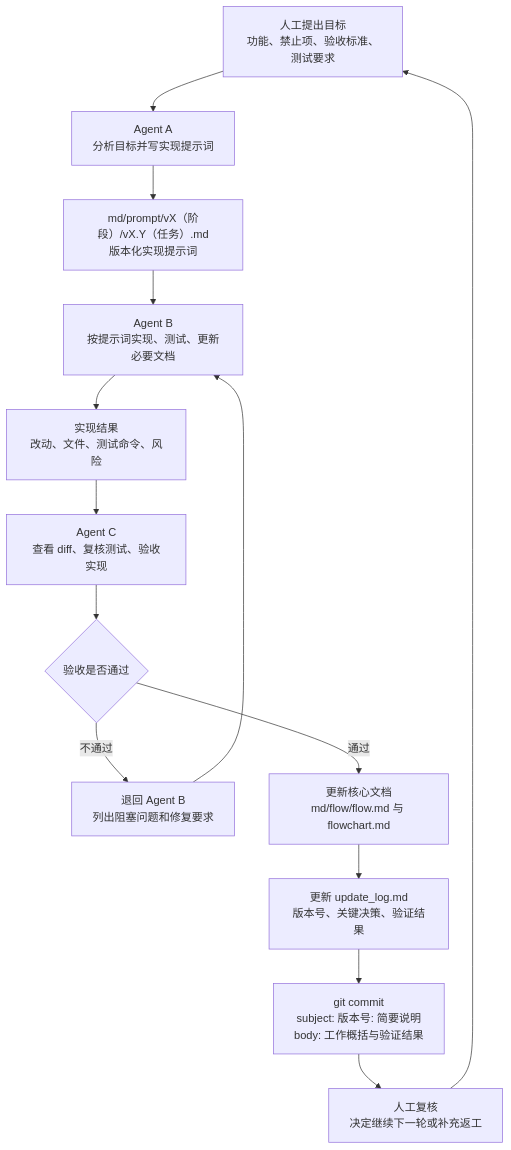
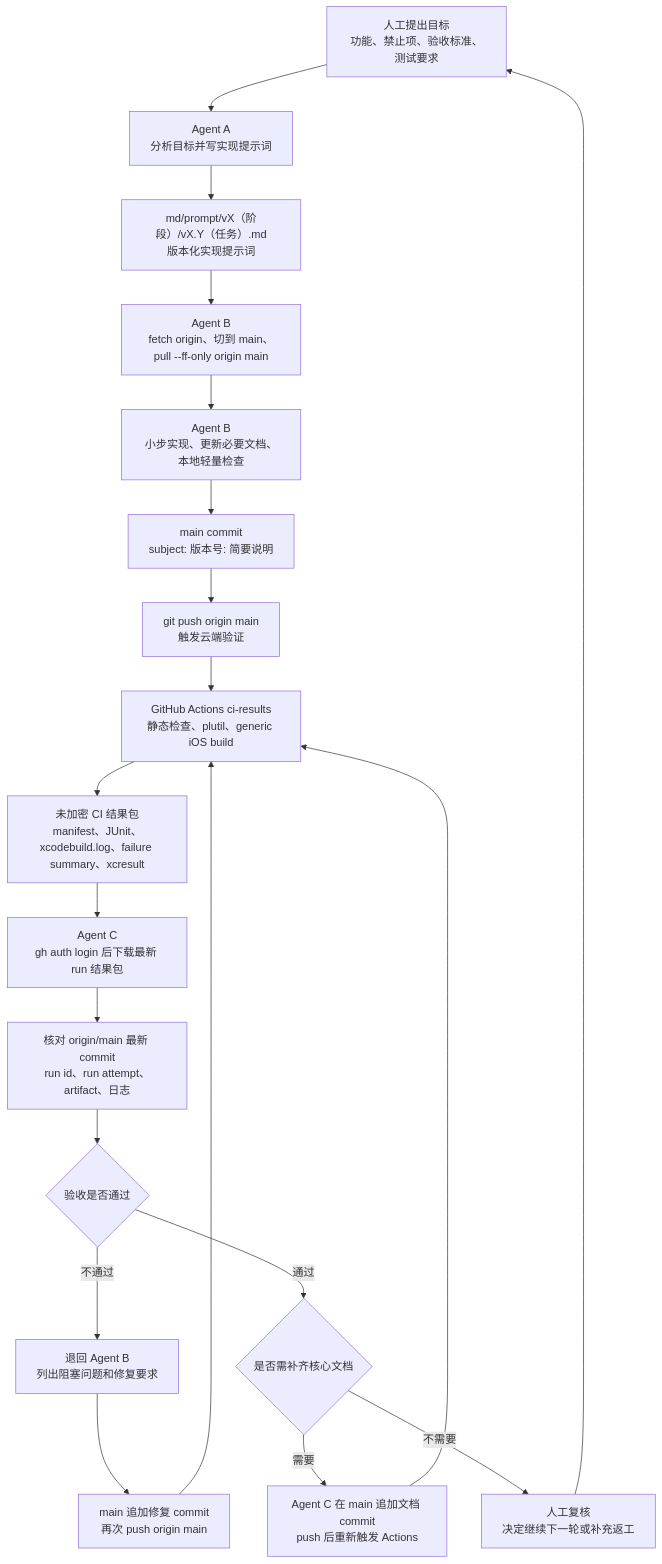
One commit to Altman-sam114/1145 changed the third of 3 diagrams in md/flow/flowchart.md. Above: the diagram before and after it, drawn with Mermaid. The commit also changed other lines of this file and 7 other files, not shown here.

````diff
--- a/md/flow/flowchart.md
+++ b/md/flow/flowchart.md
@@ -62,16 +62,22 @@
 ```mermaid
 flowchart TD
   Human["人工提出目标\n功能、禁止项、验收标准、测试要求"] --> AgentA["Agent A\n分析目标并写实现提示词"]
   AgentA --> Prompt["md/prompt/vX（阶段）/vX.Y（任务）.md\n版本化实现提示词"]
-  Prompt --> AgentB["Agent B\n按提示词实现、测试、更新必要文档"]
-  AgentB --> Result["实现结果\n改动、文件、测试命令、风险"]
-  Result --> AgentC["Agent C\n查看 diff、复核测试、验收实现"]
-  AgentC --> Gate{"验收是否通过"}
+  Prompt --> Sync["Agent B\nfetch origin、切到 main、pull --ff-only origin main"]
+  Sync --> Implement["Agent B\n小步实现、更新必要文档、本地轻量检查"]
+  Implement --> Commit["main commit\nsubject: 版本号: 简要说明"]
+  Commit --> Push["git push origin main\n触发云端验证"]
+  Push --> Actions["GitHub Actions ci-results\n静态检查、plutil、generic iOS build"]
+  Actions --> Artifact["未加密 CI 结果包\nmanifest、JUnit、xcodebuild.log、failure summary、xcresult"]
+  Artifact --> AgentC["Agent C\ngh auth login 后下载最新 run 结果包"]
+  AgentC --> Verify["核对 origin/main 最新 commit\nrun id、run attempt、artifact、日志"]
+  Verify --> Gate{"验收是否通过"}
   Gate -- "不通过" --> BackB["退回 Agent B\n列出阻塞问题和修复要求"]
-  BackB --> AgentB
-  Gate -- "通过" --> FlowDocs["更新核心文档\nmd/flow/flow.md 与 flowchart.md"]
-  FlowDocs --> Log["更新 update_log.md\n版本号、关键决策、验证结果"]
-  Log --> Commit["git commit\nsubject: 版本号: 简要说明\nbody: 工作概括与验证结果"]
-  Commit --> Review["人工复核\n决定继续下一轮或补充返工"]
+  BackB --> Fix["main 追加修复 commit\n再次 push origin main"]
+  Fix --> Actions
+  Gate -- "通过" --> Docs{"是否需补齐核心文档"}
+  Docs -- "需要" --> DocCommit["Agent C 在 main 追加文档 commit\npush 后重新触发 Actions"]
+  DocCommit --> Actions
+  Docs -- "不需要" --> Review["人工复核\n决定继续下一轮或补充返工"]
   Review --> Human
 ```
````
